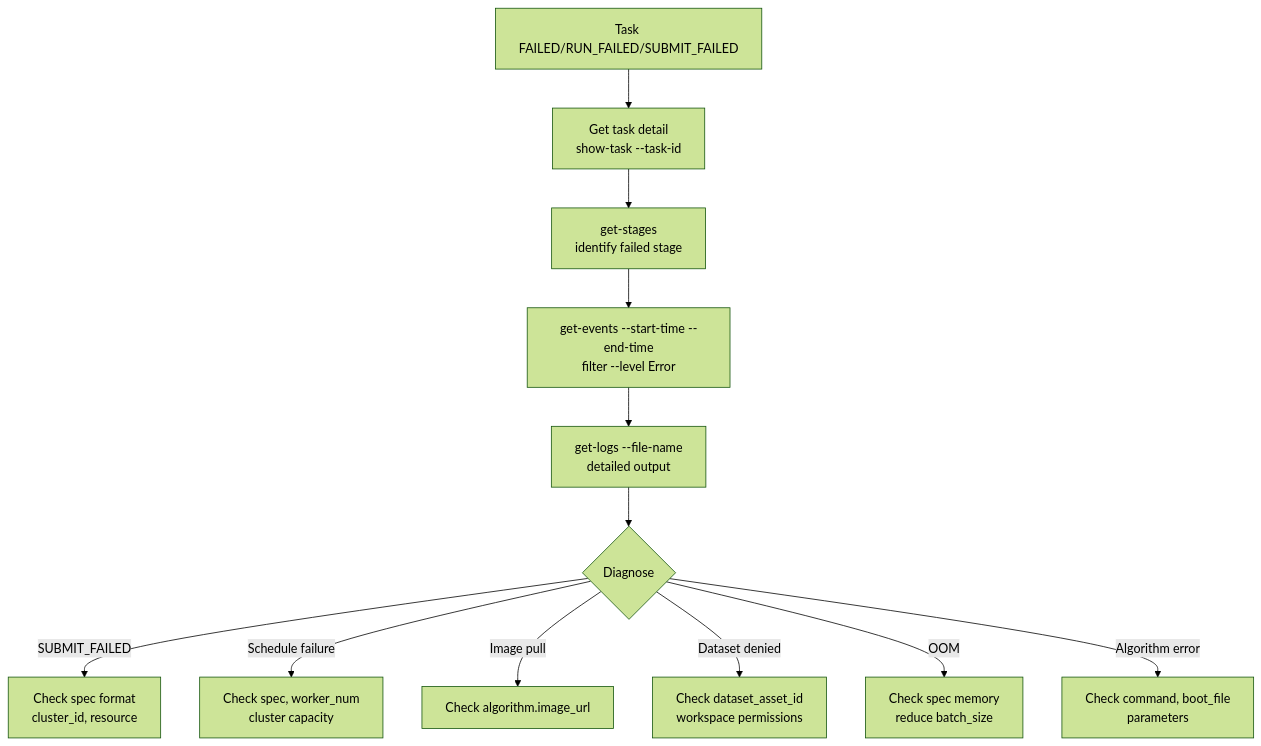
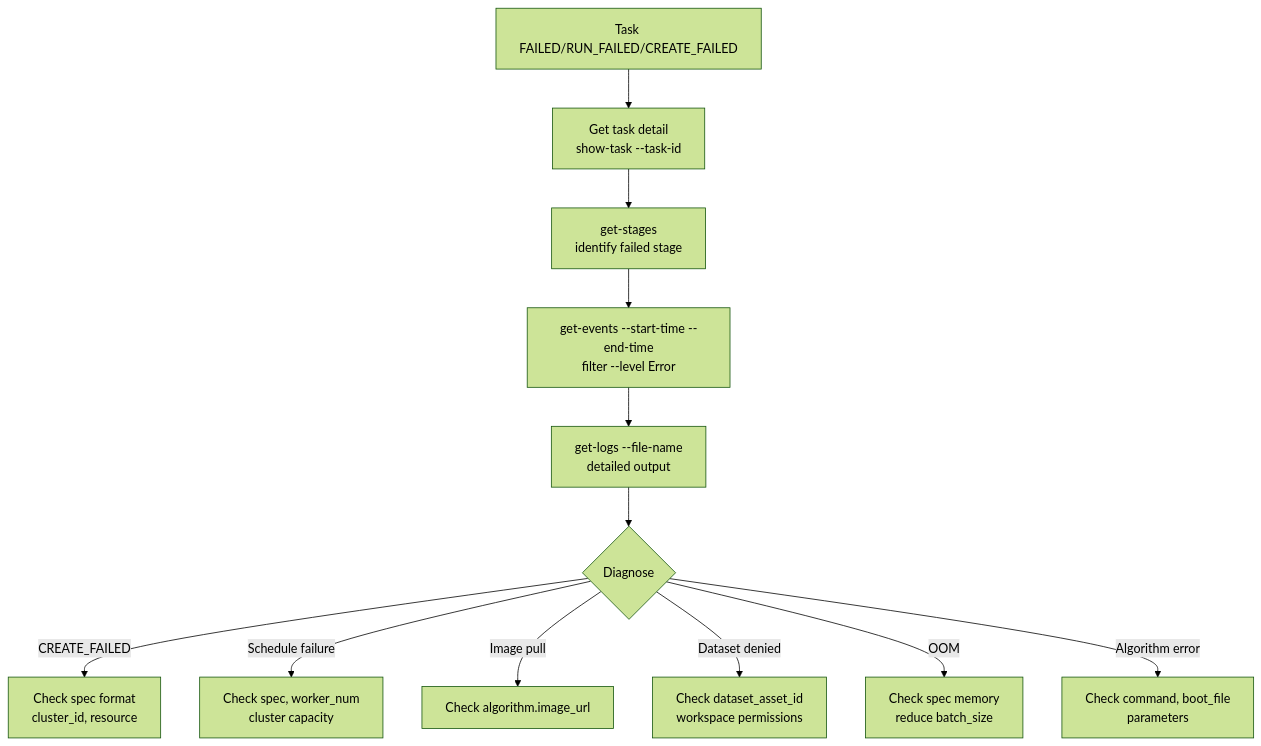
Before and after one commit to zhuzhe1992/demo: the ninth of 10 diagrams in skills/huawei-cloud-cloudrobo-train/references/dataflow-diagram.md, drawn with Mermaid (forest theme). The commit also changed other lines of this file and 42 other files, not shown here.

````diff
--- a/skills/huawei-cloud-cloudrobo-train/references/dataflow-diagram.md
+++ b/skills/huawei-cloud-cloudrobo-train/references/dataflow-diagram.md
@@ -141,14 +141,14 @@
 ```mermaid
 flowchart TD
-    Fail[Task FAILED/RUN_FAILED/SUBMIT_FAILED] --> Detail[Get task detail<br/>show-task --task-id]
+    Fail[Task FAILED/RUN_FAILED/CREATE_FAILED] --> Detail[Get task detail<br/>show-task --task-id]
     Detail --> Stages[get-stages<br/>identify failed stage]
     Stages --> Events[get-events --start-time --end-time<br/>filter --level Error]
     Events --> Logs[get-logs --file-name<br/>detailed output]
     Logs --> Diagnose{Diagnose}
-    Diagnose -->|SUBMIT_FAILED| S1[Check spec format<br/>cluster_id, resource]
+    Diagnose -->|CREATE_FAILED| S1[Check spec format<br/>cluster_id, resource]
     Diagnose -->|Schedule failure| S2[Check spec, worker_num<br/>cluster capacity]
     Diagnose -->|Image pull| S3[Check algorithm.image_url]
     Diagnose -->|Dataset denied| S4[Check dataset_asset_id<br/>workspace permissions]
     Diagnose -->|OOM| S5[Check spec memory<br/>reduce batch_size]
     Diagnose -->|Algorithm error| S6[Check command, boot_file<br/>parameters]
 ```
````
